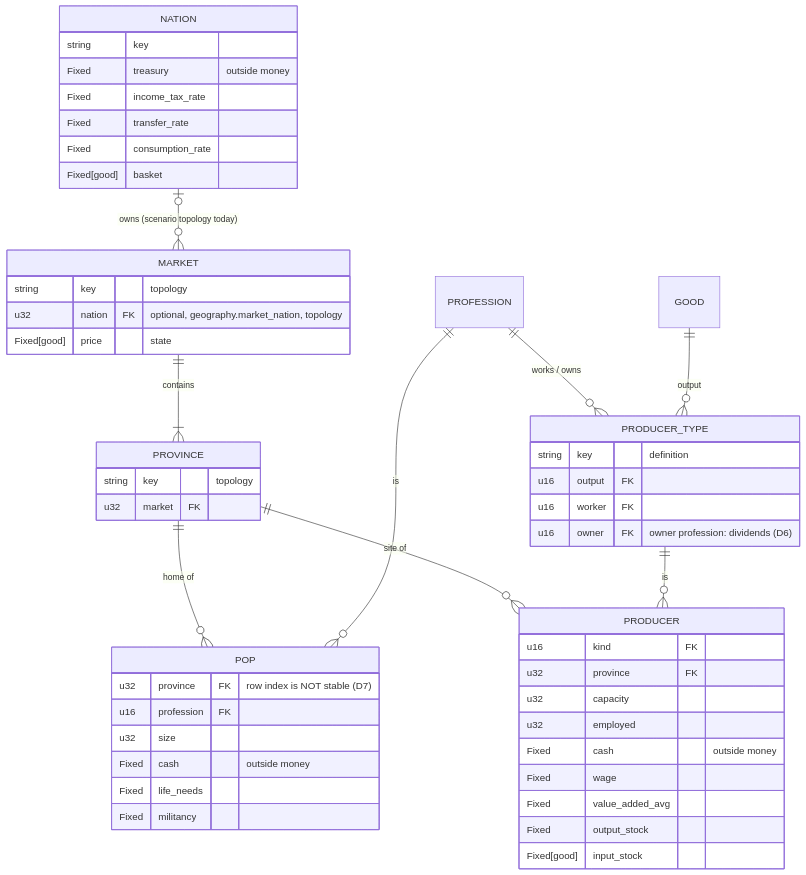
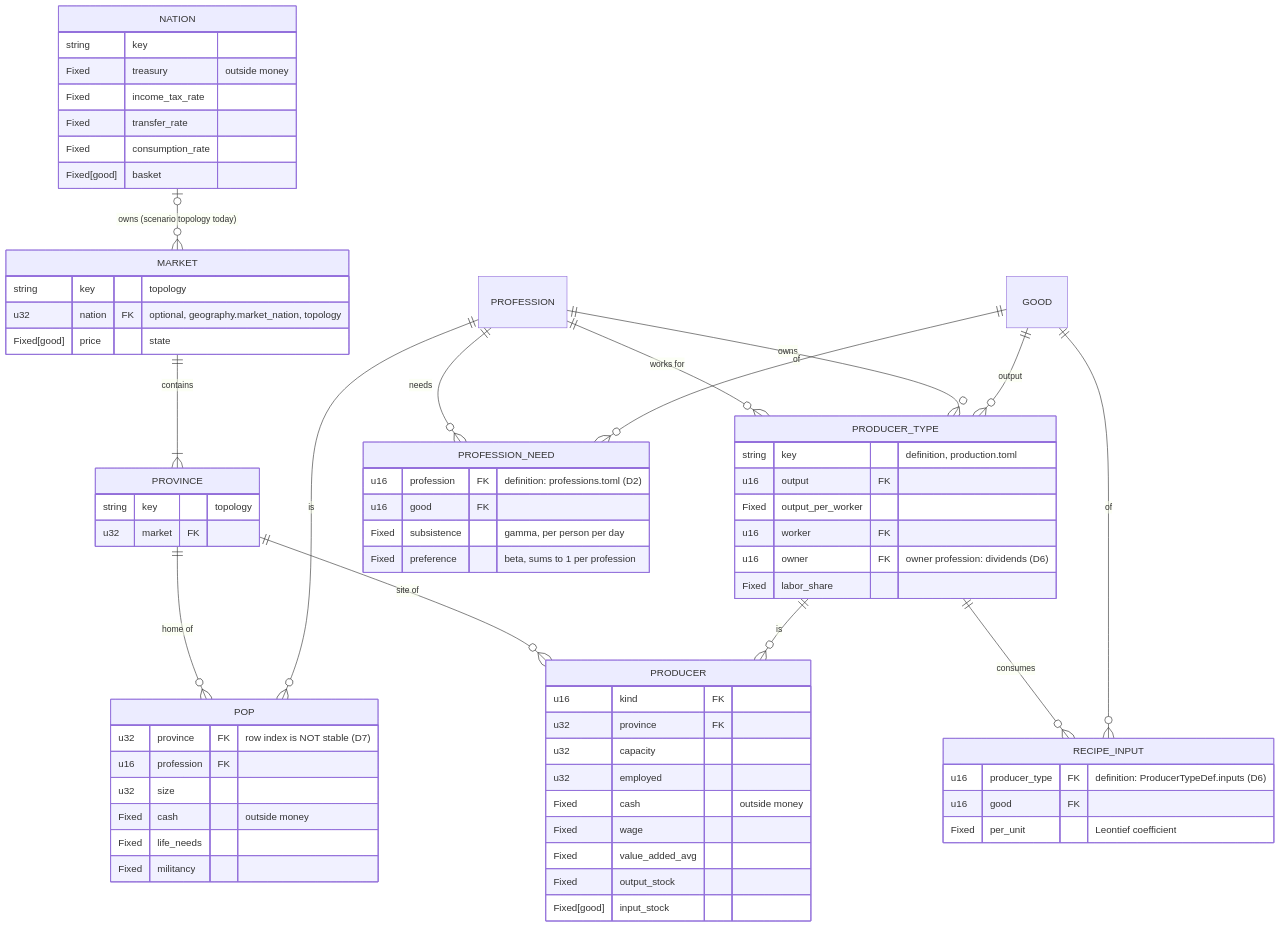
Before and after one commit to thomasclarkpersonal-sketch/Iron-and-Blood: the first of 8 diagrams in docs/DATA_MODEL_M5_M6.md, drawn with Mermaid. The commit also changed other lines of this file and 1 other file, not shown here.

````diff
--- a/docs/DATA_MODEL_M5_M6.md
+++ b/docs/DATA_MODEL_M5_M6.md
@@ -34,54 +36,72 @@
 ```mermaid
 erDiagram
     NATION |o--o{ MARKET : "owns (scenario topology today)"
     MARKET ||--|{ PROVINCE : contains
     PROVINCE ||--o{ POP : "home of"
     PROVINCE ||--o{ PRODUCER : "site of"
     PROFESSION ||--o{ POP : "is"
     PRODUCER_TYPE ||--o{ PRODUCER : "is"
-    PROFESSION ||--o{ PRODUCER_TYPE : "works / owns"
+    PROFESSION ||--o{ PRODUCER_TYPE : "works for"
+    PROFESSION ||--o{ PRODUCER_TYPE : "owns"
     GOOD ||--o{ PRODUCER_TYPE : "output"
+    PRODUCER_TYPE ||--o{ RECIPE_INPUT : "consumes"
+    GOOD ||--o{ RECIPE_INPUT : "of"
+    PROFESSION ||--o{ PROFESSION_NEED : "needs"
+    GOOD ||--o{ PROFESSION_NEED : "of"
 
     NATION {
         string key
         Fixed treasury "outside money"
         Fixed income_tax_rate
         Fixed transfer_rate
         Fixed consumption_rate
         Fixed[good] basket
     }
     MARKET {
         string key "topology"
         u32 nation FK "optional, geography.market_nation, topology"
         Fixed[good] price "state"
     }
     PROVINCE {
         string key "topology"
         u32 market FK
     }
     POP {
         u32 province FK "row index is NOT stable (D7)"
         u16 profession FK
         u32 size
         Fixed cash "outside money"
         Fixed life_needs
         Fixed militancy
     }
     PRODUCER {
         u16 kind FK
         u32 province FK
         u32 capacity
         u32 employed
         Fixed cash "outside money"
         Fixed wage
         Fixed value_added_avg
         Fixed output_stock
         Fixed[good] input_stock
     }
     PRODUCER_TYPE {
-        string key "definition"
+        string key "definition, production.toml"
         u16 output FK
+        Fixed output_per_worker
         u16 worker FK
         u16 owner FK "owner profession: dividends (D6)"
+        Fixed labor_share
+    }
+    RECIPE_INPUT {
+        u16 producer_type FK "definition: ProducerTypeDef.inputs (D6)"
+        u16 good FK
+        Fixed per_unit "Leontief coefficient"
+    }
+    PROFESSION_NEED {
+        u16 profession FK "definition: professions.toml (D2)"
+        u16 good FK
+        Fixed subsistence "gamma, per person per day"
+        Fixed preference "beta, sums to 1 per profession"
     }
 ```
````
